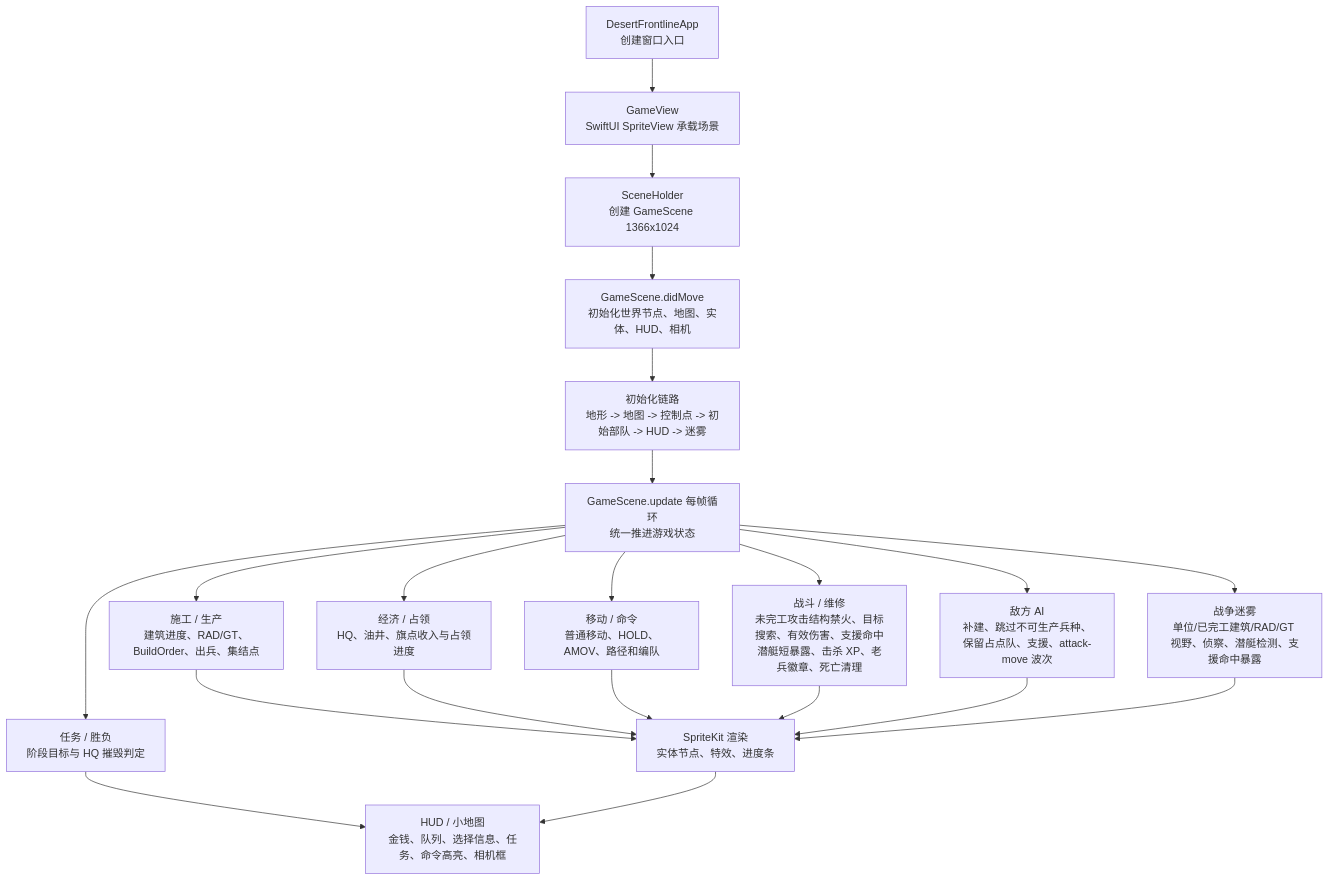
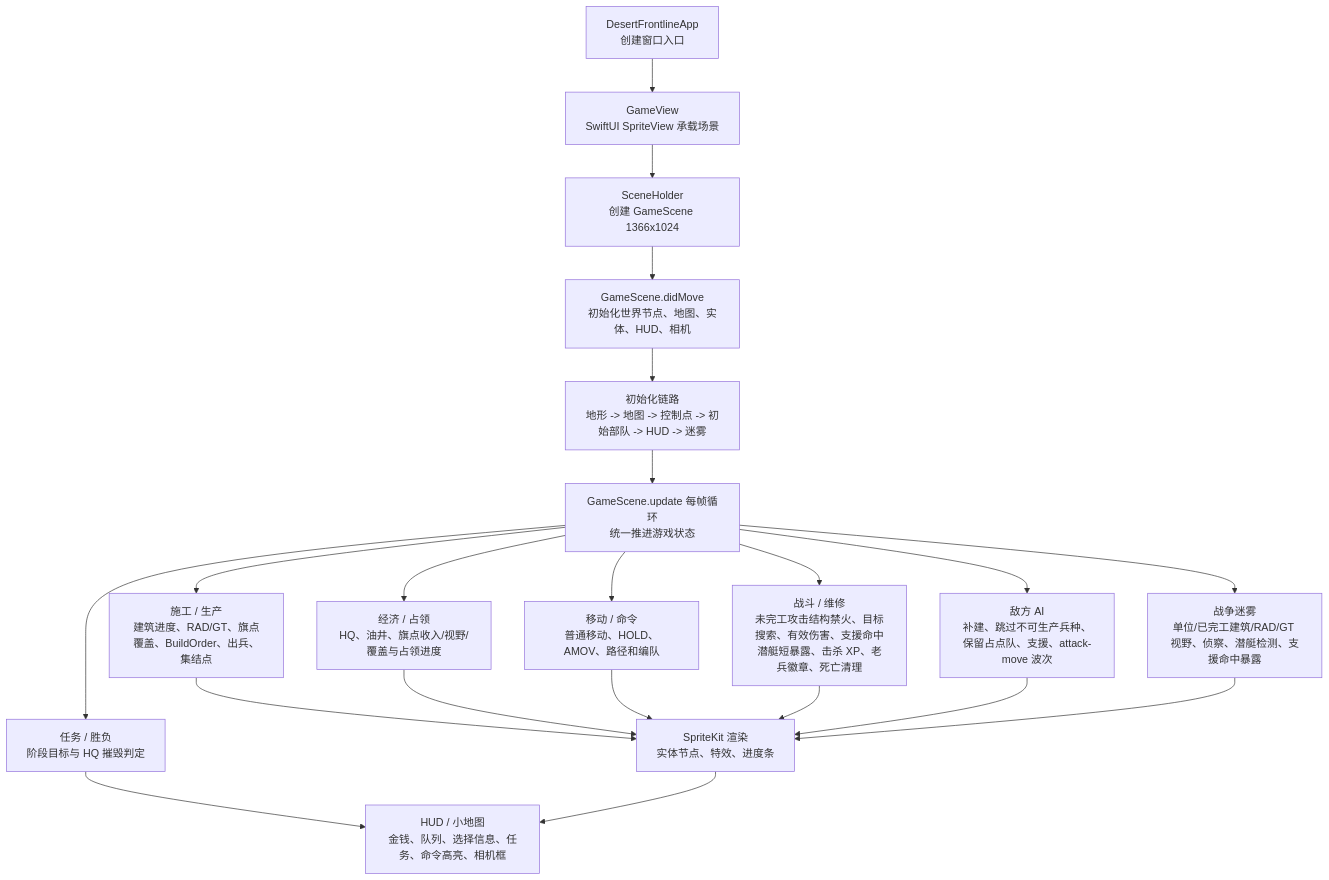
The first of 3 diagrams in md/flow/flowchart.md (Altman-sam114/1145), drawn with Mermaid before and after one commit. The commit also changed other lines of this file and 4 other files, not shown here.

````diff
--- a/md/flow/flowchart.md
+++ b/md/flow/flowchart.md
@@ -9,23 +9,23 @@
 ```mermaid
 flowchart TD
   App["DesertFrontlineApp\n创建窗口入口"] --> View["GameView\nSwiftUI SpriteView 承载场景"]
   View --> Holder["SceneHolder\n创建 GameScene 1366x1024"]
   Holder --> Scene["GameScene.didMove\n初始化世界节点、地图、实体、HUD、相机"]
   Scene --> Init["初始化链路\n地形 -> 地图 -> 控制点 -> 初始部队 -> HUD -> 迷雾"]
   Init --> Loop["GameScene.update 每帧循环\n统一推进游戏状态"]
-  Loop --> Build["施工 / 生产\n建筑进度、RAD/GT、BuildOrder、出兵、集结点"]
-  Loop --> Economy["经济 / 占领\nHQ、油井、旗点收入与占领进度"]
+  Loop --> Build["施工 / 生产\n建筑进度、RAD/GT、旗点覆盖、BuildOrder、出兵、集结点"]
+  Loop --> Economy["经济 / 占领\nHQ、油井、旗点收入/视野/覆盖与占领进度"]
   Loop --> Commands["移动 / 命令\n普通移动、HOLD、AMOV、路径和编队"]
   Loop --> Combat["战斗 / 维修\n未完工攻击结构禁火、目标搜索、有效伤害、支援命中潜艇短暴露、击杀 XP、老兵徽章、死亡清理"]
   Loop --> AI["敌方 AI\n补建、跳过不可生产兵种、保留占点队、支援、attack-move 波次"]
   Loop --> Fog["战争迷雾\n单位/已完工建筑/RAD/GT 视野、侦察、潜艇检测、支援命中暴露"]
   Loop --> Mission["任务 / 胜负\n阶段目标与 HQ 摧毁判定"]
   Build --> Render["SpriteKit 渲染\n实体节点、特效、进度条"]
   Economy --> Render
   Commands --> Render
   Combat --> Render
   AI --> Render
   Fog --> Render
   Mission --> HUD["HUD / 小地图\n金钱、队列、选择信息、任务、命令高亮、相机框"]
   Render --> HUD
 ```
````
